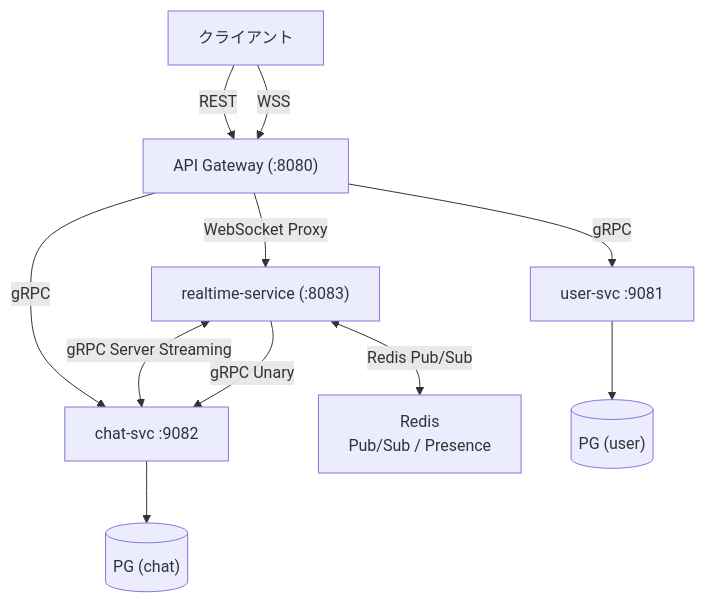
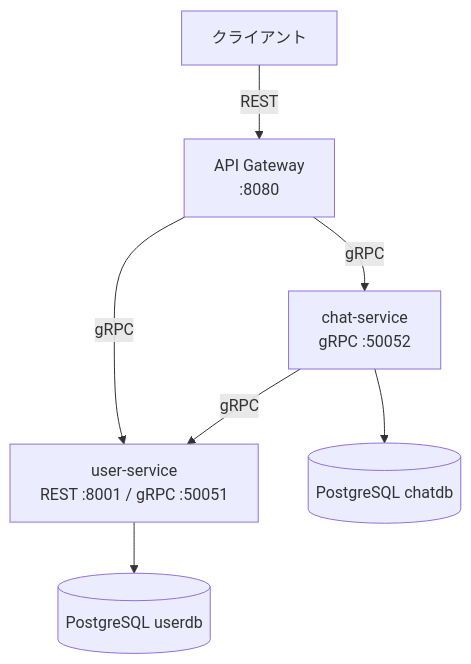
Before and after one commit to shunto-ishiguro/go-microservices-chat: the second of 2 diagrams in docs/learning/phase-3.md, drawn with Mermaid. The commit also changed other lines of this file and 3 other files, not shown here.

First line of the commit message:
docs: Phase 構成を再編 (認証 P2 / gRPC+GW P3 / Realtime P4)

````diff
--- a/docs/learning/phase-3.md
+++ b/docs/learning/phase-3.md
@@ -622,16 +332,9 @@
 ```mermaid
 graph TD
-    Client[クライアント] -->|REST| GW["API Gateway (:8080)"]
-    Client -->|WSS| GW
-
-    GW -->|gRPC| US["user-svc :9081"]
-    GW -->|gRPC| CS["chat-svc :9082"]
-    GW -->|WebSocket Proxy| RS["realtime-service (:8083)"]
-
-    RS <-->|gRPC Server Streaming| CS
-    RS -->|gRPC Unary| CS
-    RS <-->|Redis Pub/Sub| Redis["Redis<br/>Pub/Sub / Presence"]
-
-    US --> PG1[("PG (user)")]
-    CS --> PG2[("PG (chat)")]
+    Client[クライアント] -->|REST| GW["API Gateway<br/>:8080"]
+    GW -->|gRPC| US["user-service<br/>REST :8001 / gRPC :50051"]
+    GW -->|gRPC| CS["chat-service<br/>gRPC :50052"]
+    US --> PG1[("PostgreSQL userdb")]
+    CS --> PG2[("PostgreSQL chatdb")]
+    CS -->|gRPC| US
 ```
````
